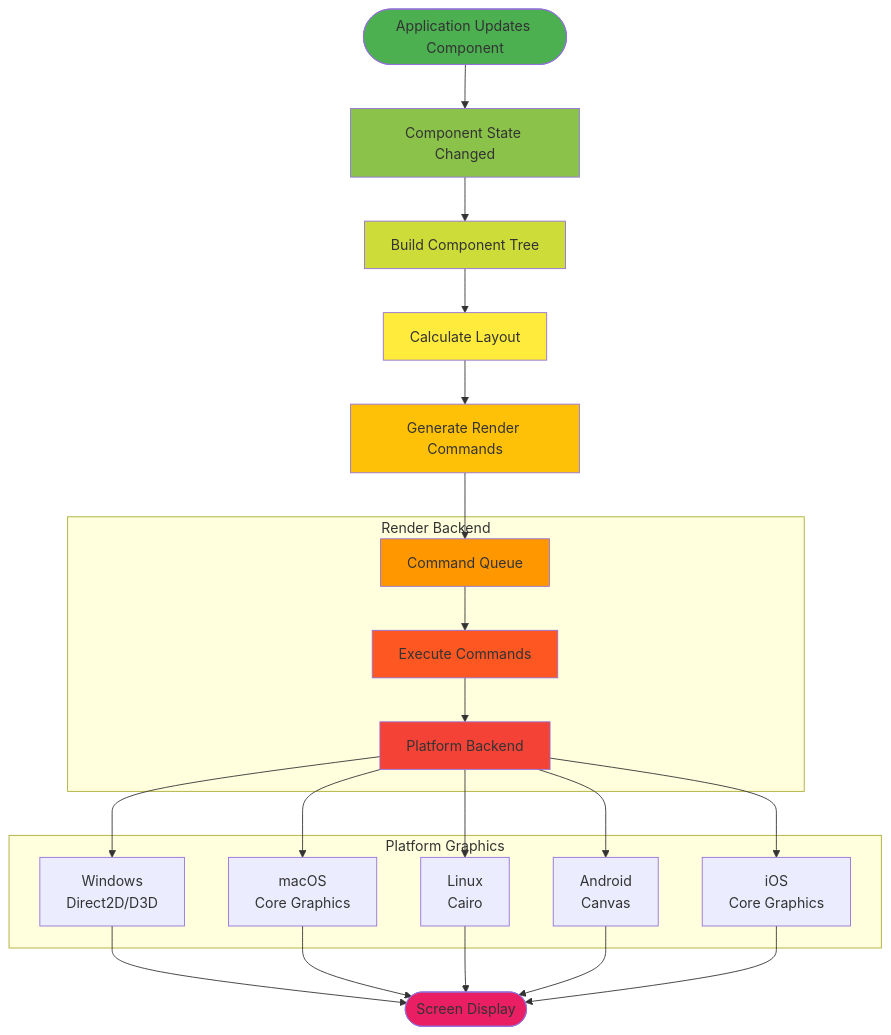
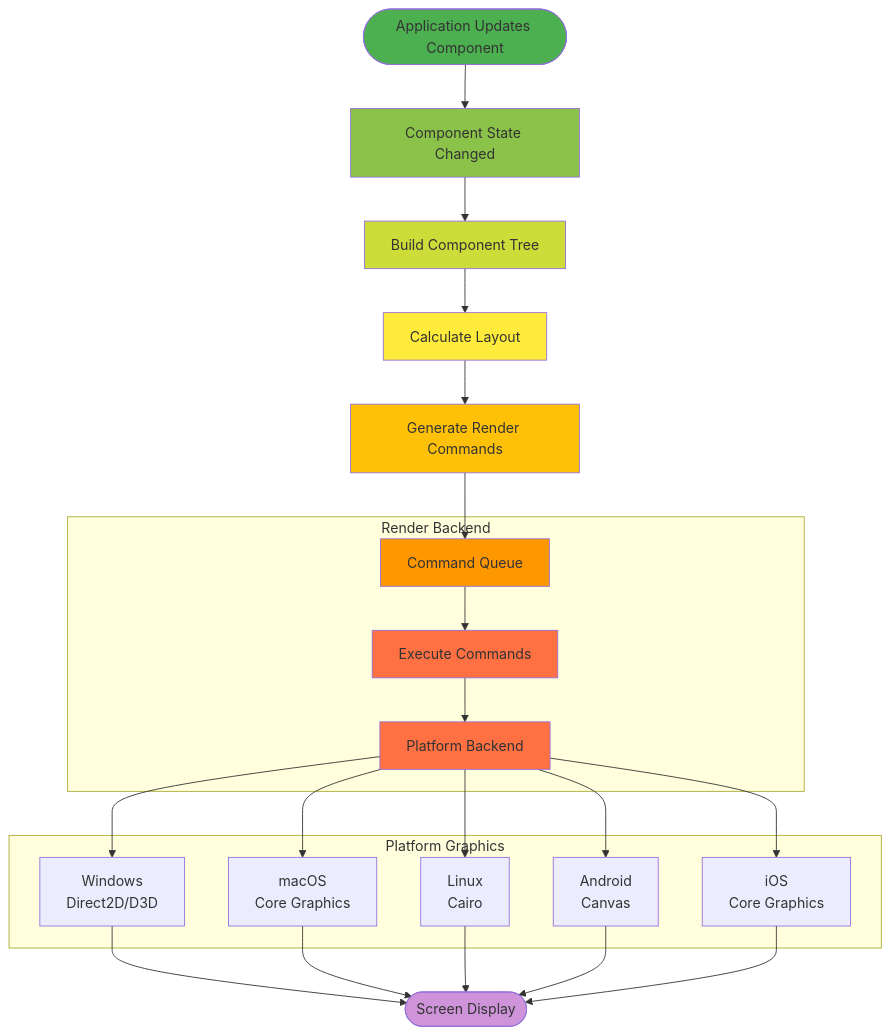
The second of 10 diagrams in docs/design/architecture/Data_Flow.md (JEleniel/engage-ux), drawn with Mermaid before and after one commit. The commit also changed other lines of this file and 4 other files, not shown here.

First line of the commit message:
Fix WCAG AAA compliance and improve diagram color consistency

````diff
--- a/docs/design/architecture/Data_Flow.md
+++ b/docs/design/architecture/Data_Flow.md
@@ -49,55 +49,55 @@
 ```mermaid
 flowchart TB
     START([Application Updates Component])
     
     UPDATE[Component State Changed]
     TREE[Build Component Tree]
     LAYOUT[Calculate Layout]
     RENDER[Generate Render Commands]
     
     subgraph "Render Backend"
         QUEUE[Command Queue]
         EXEC[Execute Commands]
         BACKEND[Platform Backend]
     end
     
     subgraph "Platform Graphics"
         WIN_GFX[Windows<br/>Direct2D/D3D]
         MAC_GFX[macOS<br/>Core Graphics]
         LIN_GFX[Linux<br/>Cairo]
         AND_GFX[Android<br/>Canvas]
         IOS_GFX[iOS<br/>Core Graphics]
     end
     
     DISPLAY([Screen Display])
     
     START --> UPDATE
     UPDATE --> TREE
     TREE --> LAYOUT
     LAYOUT --> RENDER
     RENDER --> QUEUE
     QUEUE --> EXEC
     EXEC --> BACKEND
     
     BACKEND --> WIN_GFX
     BACKEND --> MAC_GFX
     BACKEND --> LIN_GFX
     BACKEND --> AND_GFX
     BACKEND --> IOS_GFX
     
     WIN_GFX --> DISPLAY
     MAC_GFX --> DISPLAY
     LIN_GFX --> DISPLAY
     AND_GFX --> DISPLAY
     IOS_GFX --> DISPLAY
     
     style START fill:#4caf50
     style UPDATE fill:#8bc34a
     style TREE fill:#cddc39
     style LAYOUT fill:#ffeb3b
     style RENDER fill:#ffc107
     style QUEUE fill:#ff9800
-    style EXEC fill:#ff5722
-    style BACKEND fill:#f44336
-    style DISPLAY fill:#e91e63
+    style EXEC fill:#ff7043
+    style BACKEND fill:#ff7043
+    style DISPLAY fill:#ce93d8
 ```
````
